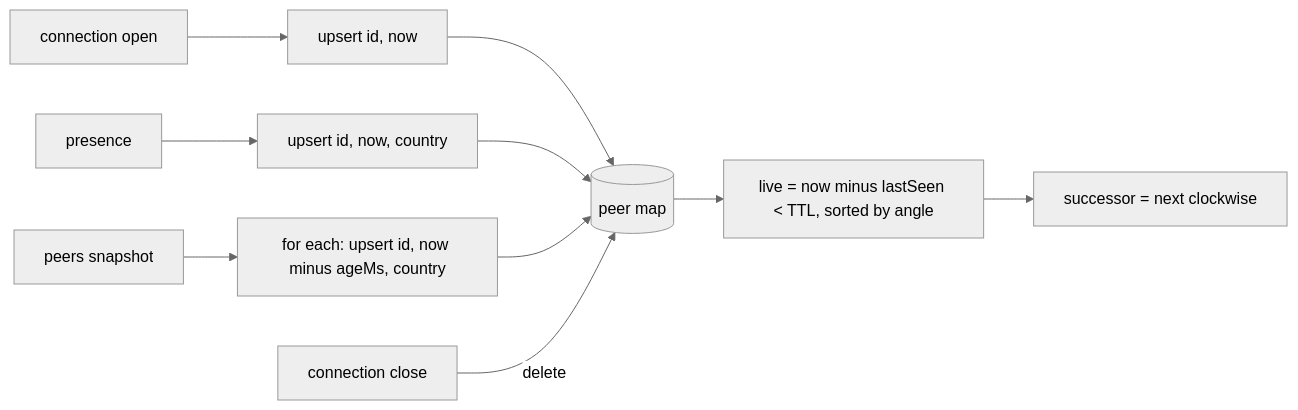
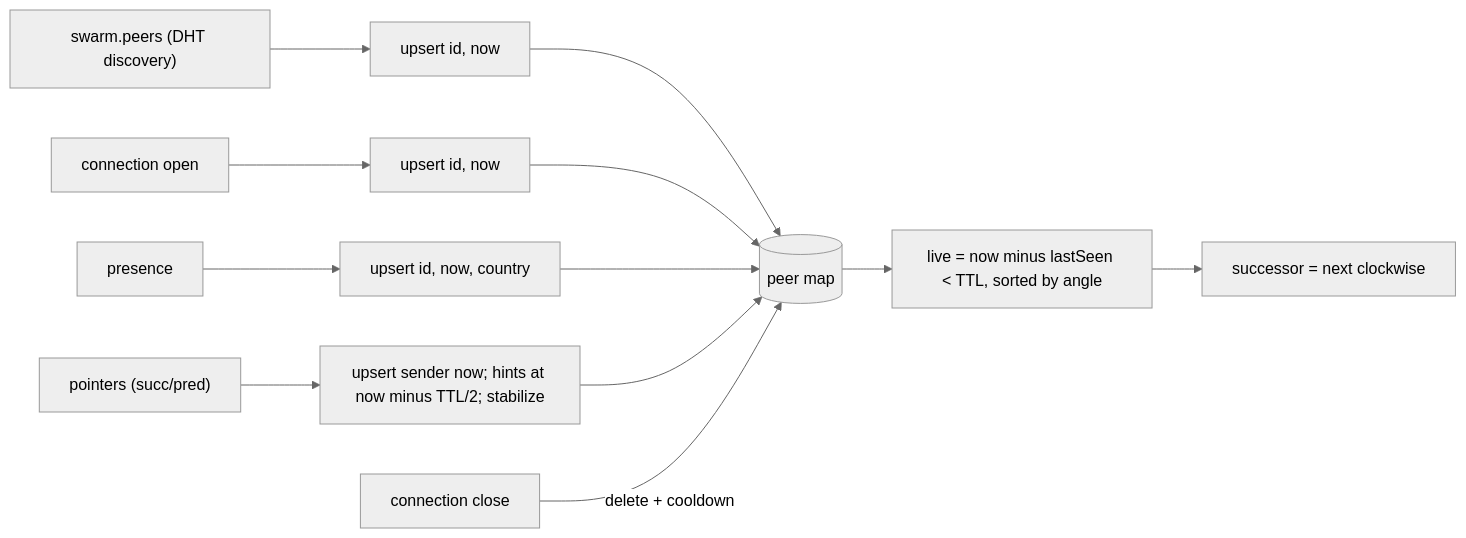
One commit to mnaamani/hyper-wave changed the second of 7 diagrams in docs/protocol.md. Above: the diagram before and after it, drawn with Mermaid (neutral theme). The commit also changed other lines of this file and 4 other files, not shown here.

````diff
--- a/docs/protocol.md
+++ b/docs/protocol.md
@@ -183,12 +183,14 @@
 ```mermaid
 flowchart LR
+  Dht["swarm.peers (DHT discovery)"] --> U0["upsert id, now"]
   Conn["connection open"] --> U["upsert id, now"]
   Pres["presence"] --> U2["upsert id, now, country"]
-  Peers["peers snapshot"] --> U3["for each: upsert id, now minus ageMs, country"]
-  U --> M[("peer map")]
+  Ptr["pointers (succ/pred)"] --> U3["upsert sender now; hints at now minus TTL/2; stabilize"]
+  U0 --> M[("peer map")]
+  U --> M
   U2 --> M
   U3 --> M
-  Close["connection close"] -->|delete| M
+  Close["connection close"] -->|delete + cooldown| M
   M --> L["live = now minus lastSeen &lt; TTL, sorted by angle"]
   L --> S["successor = next clockwise"]
 ```
````
